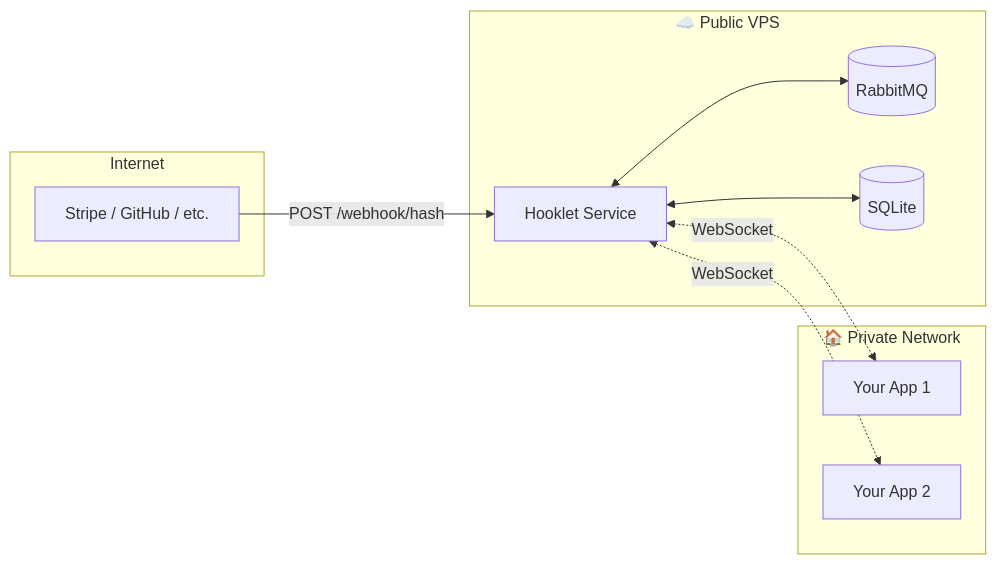
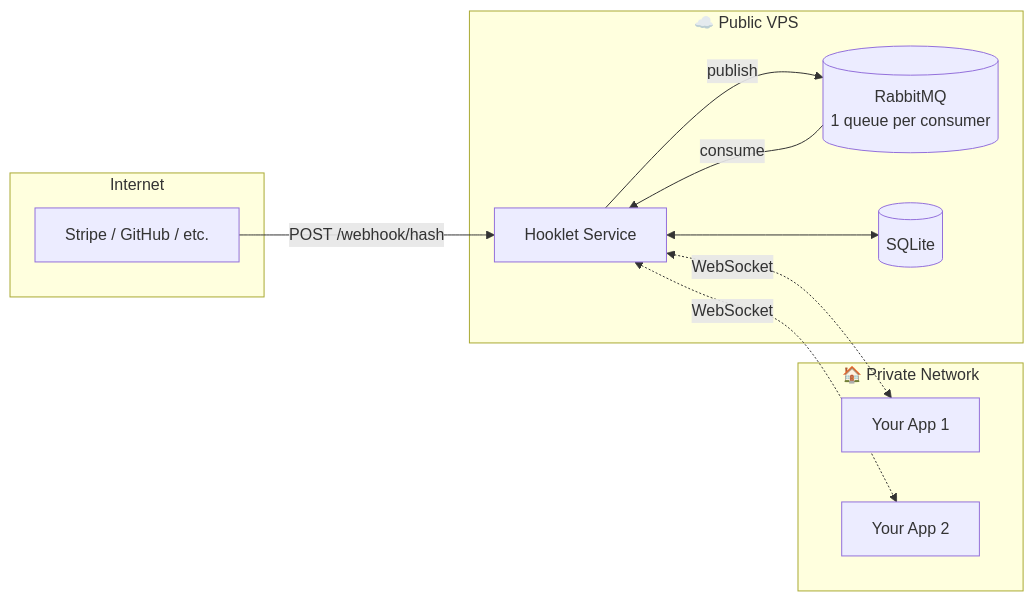
One commit to z-originales/Hooklet changed the diagram in README.md. Above: the diagram before and after it, drawn with Mermaid. The commit also changed other lines of this file, not shown here.

Commit message:
docs: update architecture diagram for stable queue model
Show the directional publish/consume flow with RabbitMQ instead of
a bidirectional arrow. Note 1-queue-per-consumer in the diagram.
Add description of stable queue naming, message retention, and the
one-connection-per-consumer policy.

````diff
--- a/README.md
+++ b/README.md
@@ -240,23 +240,24 @@
 ```mermaid
 flowchart LR
     subgraph Internet
         Stripe[Stripe / GitHub / etc.]
     end
 
     subgraph VPS["☁️ Public VPS"]
         Hooklet[Hooklet Service]
-        RabbitMQ[(RabbitMQ)]
+        RabbitMQ[("RabbitMQ<br/>1 queue per consumer")]
         SQLite[(SQLite)]
     end
 
     subgraph Private["🏠 Private Network"]
         App1[Your App 1]
         App2[Your App 2]
     end
 
     Stripe -->|POST /webhook/hash| Hooklet
-    Hooklet <--> RabbitMQ
+    Hooklet -->|publish| RabbitMQ
+    RabbitMQ -->|consume| Hooklet
     Hooklet <--> SQLite
     Hooklet <-.->|WebSocket| App1
     Hooklet <-.->|WebSocket| App2
 ```
````
